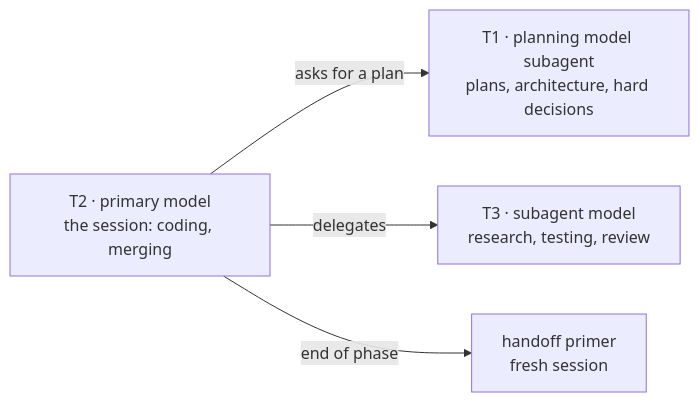
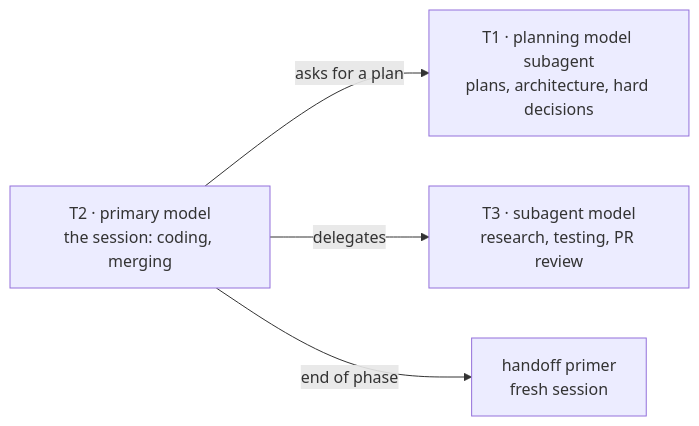
The second of 2 diagrams in README.md (mattsilv/harness), drawn with Mermaid before and after one commit. The commit also changed other lines of this file and 4 other files, not shown here.

````diff
--- a/README.md
+++ b/README.md
@@ -59,6 +60,6 @@
 ```mermaid
 flowchart LR
   T2["T2 · primary model<br>the session: coding, merging"] -->|asks for a plan| T1["T1 · planning model subagent<br>plans, architecture, hard decisions"]
-  T2 -->|delegates| T3["T3 · subagent model<br>research, testing, review"]
+  T2 -->|delegates| T3["T3 · subagent model<br>research, testing, PR review"]
   T2 -->|end of phase| H["handoff primer<br>fresh session"]
 ```
````
